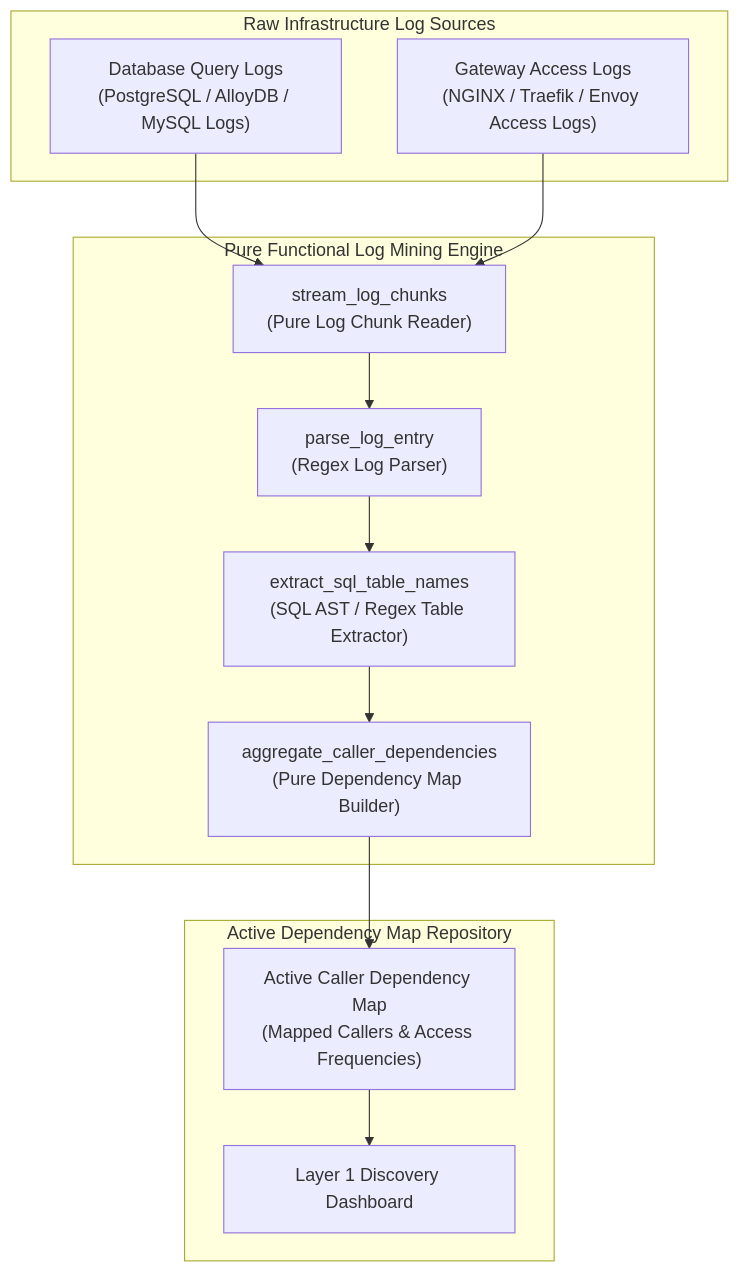
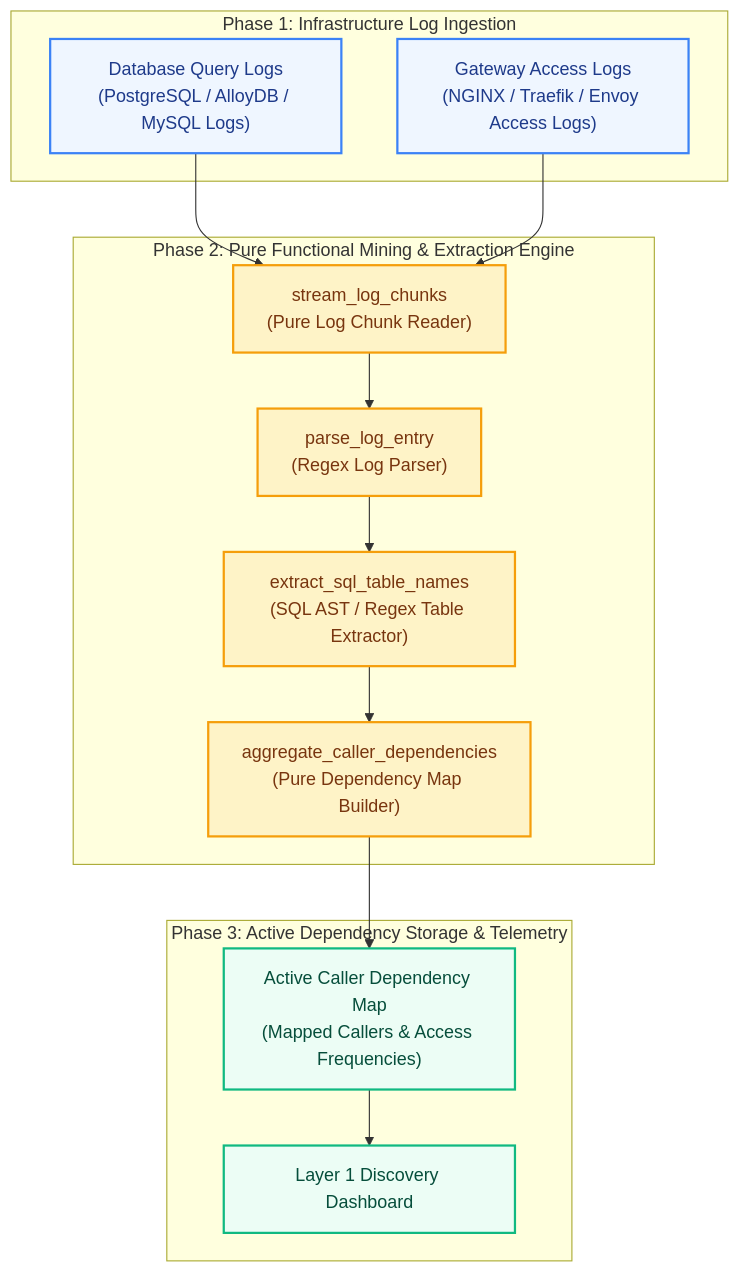
Before and after one commit to Chief-Strategist-J/llm-observability-platform: the first of 2 diagrams in notebooks/runbooks/refs/05-dependency-discovery-and-log-mining/query-access-log-mining.md, drawn with Mermaid. The commit also changed other lines of this file, not shown here.

Commit message:
docs: add colored phase blocks and comprehensive LLD with 25 edge cases to query-access-log-mining runbook

````diff
--- a/notebooks/runbooks/refs/05-dependency-discovery-and-log-mining/query-access-log-mining.md
+++ b/notebooks/runbooks/refs/05-dependency-discovery-and-log-mining/query-access-log-mining.md
@@ -54,28 +54,32 @@
 ```mermaid
 flowchart TD
-    subgraph RawLogSources["Raw Infrastructure Log Sources"]
-        DBQueryLogs["Database Query Logs\n(PostgreSQL / AlloyDB / MySQL Logs)"]
-        HTTPAccessLogs["Gateway Access Logs\n(NGINX / Traefik / Envoy Access Logs)"]
+    classDef rawFill fill:#eff6ff,stroke:#3b82f6,stroke-width:2px,color:#1e3a8a
+    classDef engineFill fill:#fef3c7,stroke:#f59e0b,stroke-width:2px,color:#78350f
+    classDef storageFill fill:#ecfdf5,stroke:#10b981,stroke-width:2px,color:#064e3b
+
+    subgraph Phase1["Phase 1: Infrastructure Log Ingestion"]
+        DBQueryLogs["Database Query Logs\n(PostgreSQL / AlloyDB / MySQL Logs)"]:::rawFill
+        HTTPAccessLogs["Gateway Access Logs\n(NGINX / Traefik / Envoy Access Logs)"]:::rawFill
     end
 
-    subgraph MiningEngine["Pure Functional Log Mining Engine"]
-        LogStreamer["stream_log_chunks\n(Pure Log Chunk Reader)"]
-        LogParser["parse_log_entry\n(Regex Log Parser)"]
-        SQLExtractor["extract_sql_table_names\n(SQL AST / Regex Table Extractor)"]
-        CallerAggregator["aggregate_caller_dependencies\n(Pure Dependency Map Builder)"]
+    subgraph Phase2["Phase 2: Pure Functional Mining & Extraction Engine"]
+        LogStreamer["stream_log_chunks\n(Pure Log Chunk Reader)"]:::engineFill
+        LogParser["parse_log_entry\n(Regex Log Parser)"]:::engineFill
+        SQLExtractor["extract_sql_table_names\n(SQL AST / Regex Table Extractor)"]:::engineFill
+        CallerAggregator["aggregate_caller_dependencies\n(Pure Dependency Map Builder)"]:::engineFill
 
         DBQueryLogs --> LogStreamer
         HTTPAccessLogs --> LogStreamer
         LogStreamer --> LogParser
         LogParser --> SQLExtractor
         SQLExtractor --> CallerAggregator
     end
 
-    subgraph DependencyMapStorage["Active Dependency Map Repository"]
-        DependencyStore["Active Caller Dependency Map\n(Mapped Callers & Access Frequencies)"]
-        DiscoveryDashboard["Layer 1 Discovery Dashboard"]
+    subgraph Phase3["Phase 3: Active Dependency Storage & Telemetry"]
+        DependencyStore["Active Caller Dependency Map\n(Mapped Callers & Access Frequencies)"]:::storageFill
+        DiscoveryDashboard["Layer 1 Discovery Dashboard"]:::storageFill
 
         CallerAggregator --> DependencyStore
         DependencyStore --> DiscoveryDashboard
     end
 ```
````
